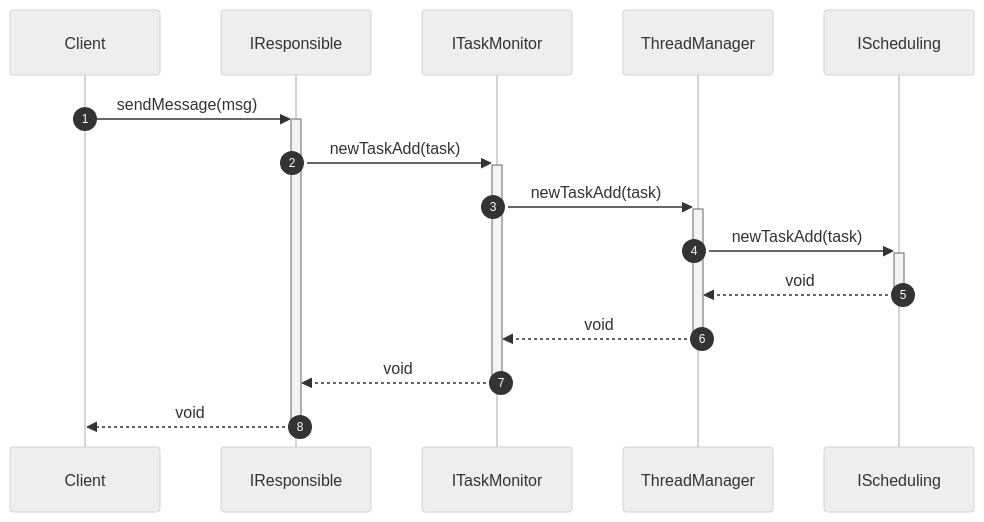
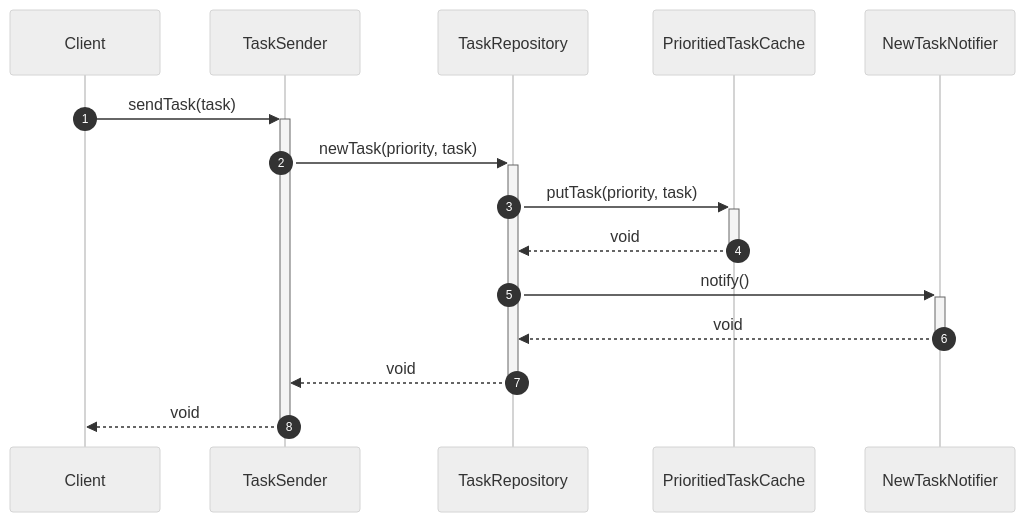
One commit to Inactionware/uapi.doc changed the fourth of 5 diagrams in design/r2/dd/Unified Thread Management.md. Above: the diagram before and after it, drawn with Mermaid (neutral theme). The commit also changed other lines of this file and 2 other files, not shown here.

````diff
--- a/design/r2/dd/Unified Thread Management.md
+++ b/design/r2/dd/Unified Thread Management.md
@@ -76,13 +121,13 @@
 ```mermaid
 sequenceDiagram
 autonumber
 
-Client->>+IResponsible: sendMessage(msg)
-IResponsible->>+ITaskMonitor: newTaskAdd(task)
-ITaskMonitor->>+ThreadManager: newTaskAdd(task)
-ThreadManager->>+IScheduling: newTaskAdd(task)
-IScheduling-->>-ThreadManager: void
-ThreadManager-->>-ITaskMonitor: void
-ITaskMonitor-->>-IResponsible: void
-IResponsible-->>-Client: void
+Client->>+TaskSender: sendTask(task)
+TaskSender->>+TaskRepository: newTask(priority, task)
+TaskRepository->>+PrioritiedTaskCache: putTask(priority, task)
+PrioritiedTaskCache-->>-TaskRepository: void
+TaskRepository->>+NewTaskNotifier: notify()
+NewTaskNotifier-->>-TaskRepository: void
+TaskRepository-->>-TaskSender: void
+TaskSender-->>-Client: void
 ```
````
